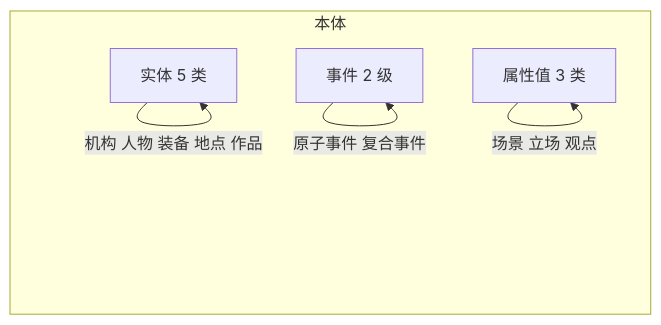
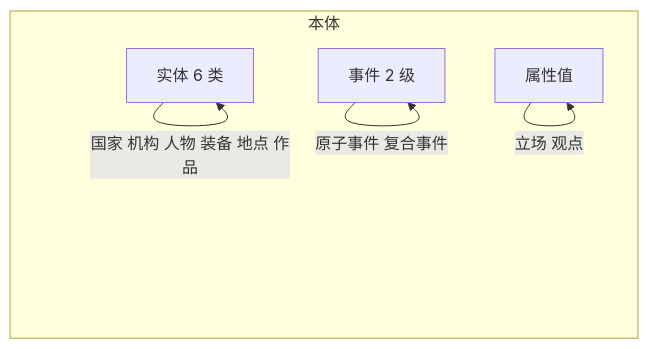
The diagram in doc/本体与关系设计方案.md (hellowydwyd/Military-sitrep-kg), drawn with Mermaid before and after one commit. The commit also changed other lines of this file and 116 other files, not shown here.

First line of the commit message:
把现行事件图谱和封闭论元整理进主线。

````diff
--- a/doc/本体与关系设计方案.md
+++ b/doc/本体与关系设计方案.md
@@ -18,11 +20,11 @@
 ```mermaid
 flowchart LR
     subgraph ontology [本体]
-        E["实体 5 类"]
+        E["实体 6 类"]
         EV["事件 2 级"]
-        V["属性值 3 类"]
+        V["属性值"]
     end
-    E --> |"机构 人物 装备 地点 作品"| E
+    E --> |"国家 机构 人物 装备 地点 作品"| E
     EV --> |"原子事件 复合事件"| EV
-    V --> |"场景 立场 观点"| V
+    V --> |"立场 观点"| V
 ```
````
